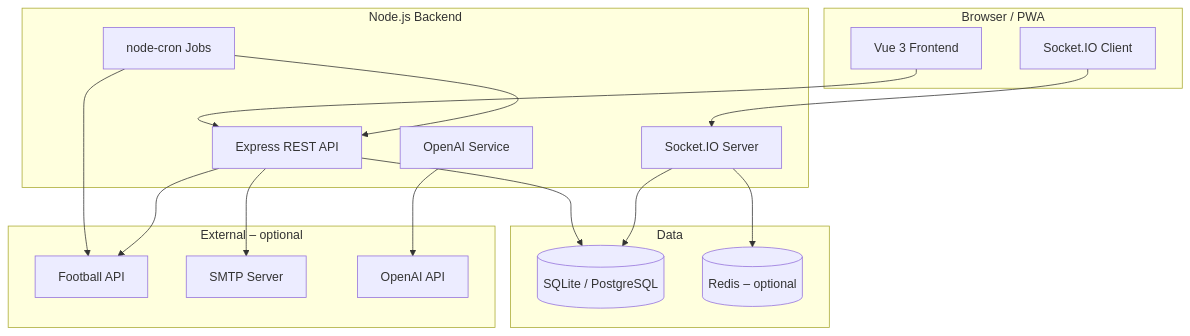
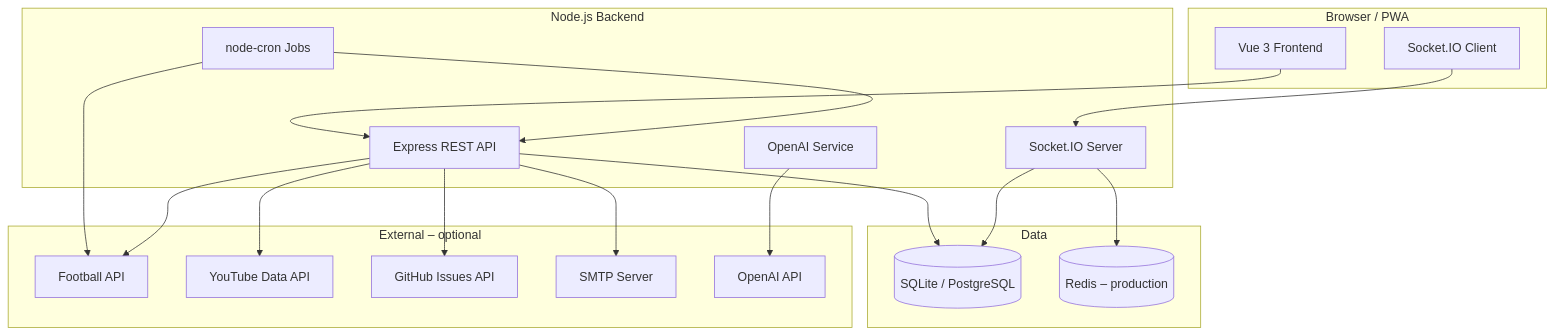
One commit to schmeckm/WM2026_Prediction changed the diagram in README.md. Above: the diagram before and after it, drawn with Mermaid. The commit also changed other lines of this file and 4 other files, not shown here.

````diff
--- a/README.md
+++ b/README.md
@@ -366,36 +437,40 @@
 ```mermaid
 flowchart TB
     subgraph client [Browser / PWA]
         Vue[Vue 3 Frontend]
         WS[Socket.IO Client]
     end
 
     subgraph server [Node.js Backend]
         API[Express REST API]
         SIO[Socket.IO Server]
         Cron[node-cron Jobs]
         AI[OpenAI Service]
     end
 
     subgraph data [Data]
         DB[(SQLite / PostgreSQL)]
-        Redis[(Redis – optional)]
+        Redis[(Redis – production)]
     end
 
     subgraph external [External – optional]
         FAPI[Football API]
+        YT[YouTube Data API]
+        GH[GitHub Issues API]
         SMTP[SMTP Server]
         OAI[OpenAI API]
     end
 
     Vue --> API
     WS --> SIO
     API --> DB
     SIO --> DB
     Cron --> API
     Cron --> FAPI
     API --> FAPI
+    API --> YT
+    API --> GH
     API --> SMTP
     AI --> OAI
     SIO --> Redis
 ```
````
